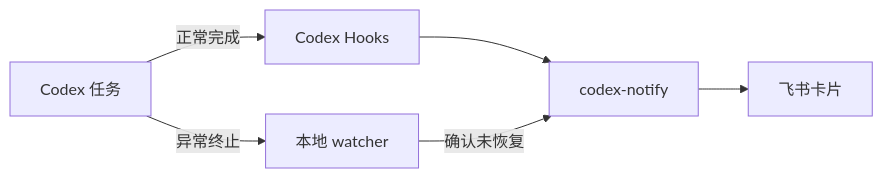
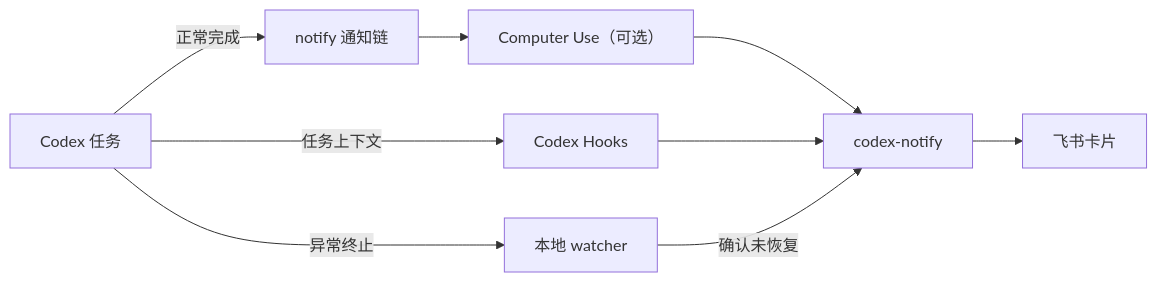
One commit to JunieXD/codex-notify changed the diagram in README.md. Above: the diagram before and after it, drawn with Mermaid. The commit also changed other lines of this file and 8 other files, not shown here.

Commit message:
feat: support managed Codex notify chains

````diff
--- a/README.md
+++ b/README.md
@@ -95,8 +98,11 @@
 ```mermaid
 flowchart LR
-    A["Codex 任务"] -->|"正常完成"| B["Codex Hooks"]
-    A -->|"异常终止"| C["本地 watcher"]
-    B --> D["codex-notify"]
-    C -->|"确认未恢复"| D
-    D --> E["飞书卡片"]
+    A["Codex 任务"] -->|"正常完成"| B["notify 通知链"]
+    B --> C["Computer Use（可选）"]
+    C --> D["codex-notify"]
+    A -->|"任务上下文"| E["Codex Hooks"]
+    E --> D
+    A -->|"异常终止"| F["本地 watcher"]
+    F -->|"确认未恢复"| D
+    D --> G["飞书卡片"]
 ```
````
